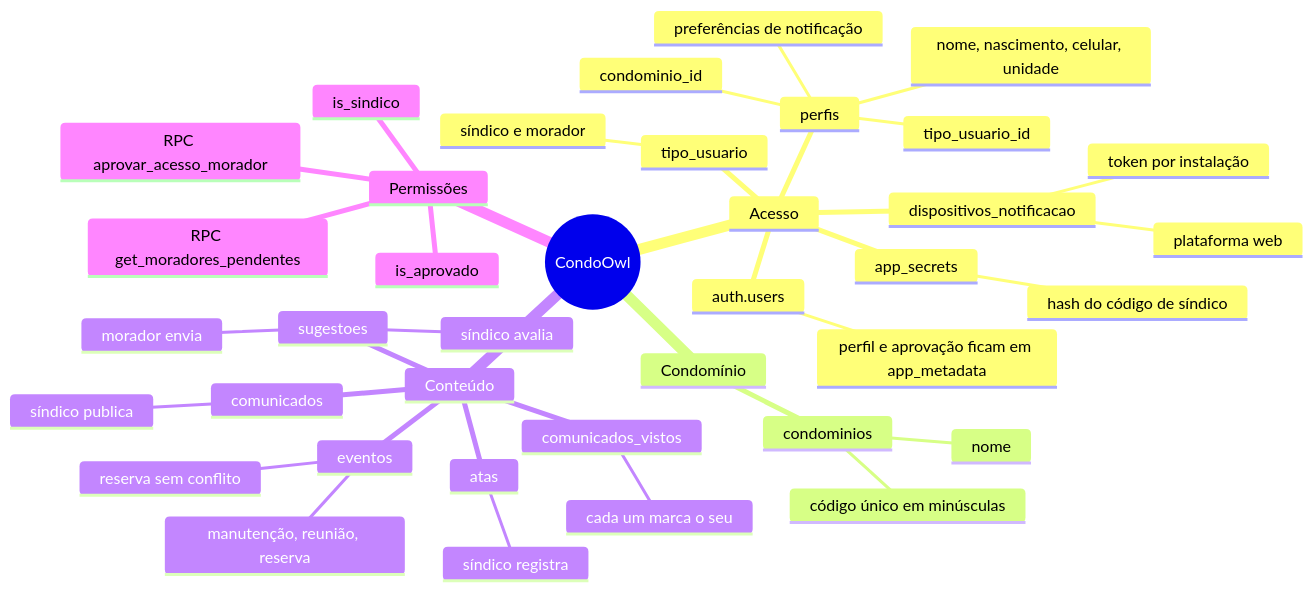
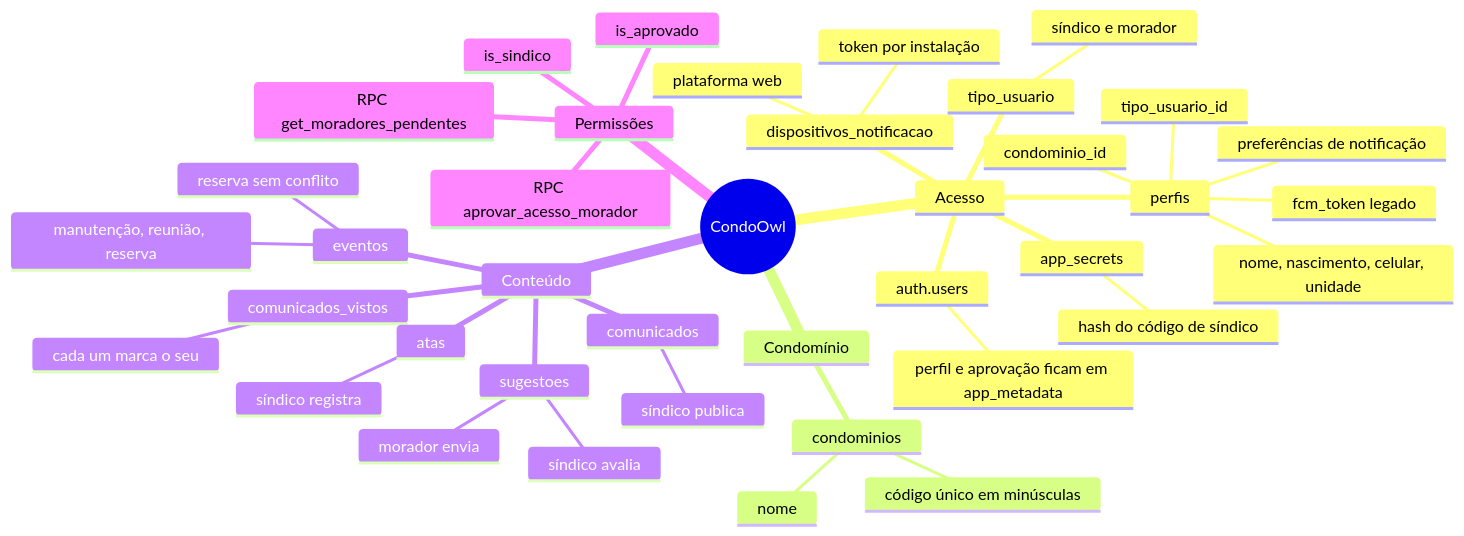
Before and after one commit to cond-owl/cond-owl: the first of 3 diagrams in supabase/docs/mapa-das-tabelas.md, drawn with Mermaid. The commit also changed other lines of this file and 9 other files, not shown here.

````diff
--- a/supabase/docs/mapa-das-tabelas.md
+++ b/supabase/docs/mapa-das-tabelas.md
@@ -10,41 +10,42 @@
 ```mermaid
 mindmap
   root((CondoOwl))
     Acesso
       auth.users
         perfil e aprovação ficam em app_metadata
       perfis
         nome, nascimento, celular, unidade
         preferências de notificação
+        fcm_token legado
         condominio_id
         tipo_usuario_id
       dispositivos_notificacao
         token por instalação
         plataforma web
       tipo_usuario
         síndico e morador
       app_secrets
         hash do código de síndico
     Condomínio
       condominios
         nome
         código único em minúsculas
     Conteúdo
       comunicados
         síndico publica
       comunicados_vistos
         cada um marca o seu
       eventos
         manutenção, reunião, reserva
         reserva sem conflito
       atas
         síndico registra
       sugestoes
         morador envia
         síndico avalia
     Permissões
       is_sindico
       is_aprovado
       RPC get_moradores_pendentes
       RPC aprovar_acesso_morador
 ```
````
